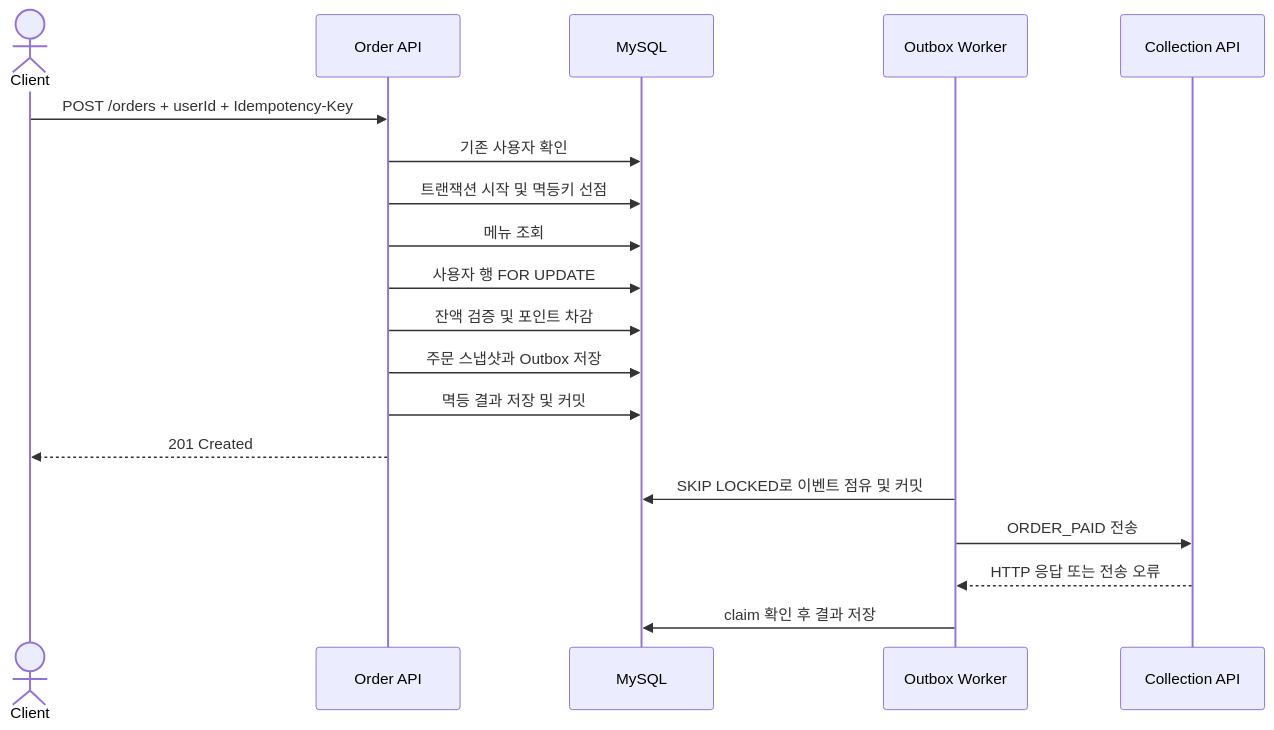
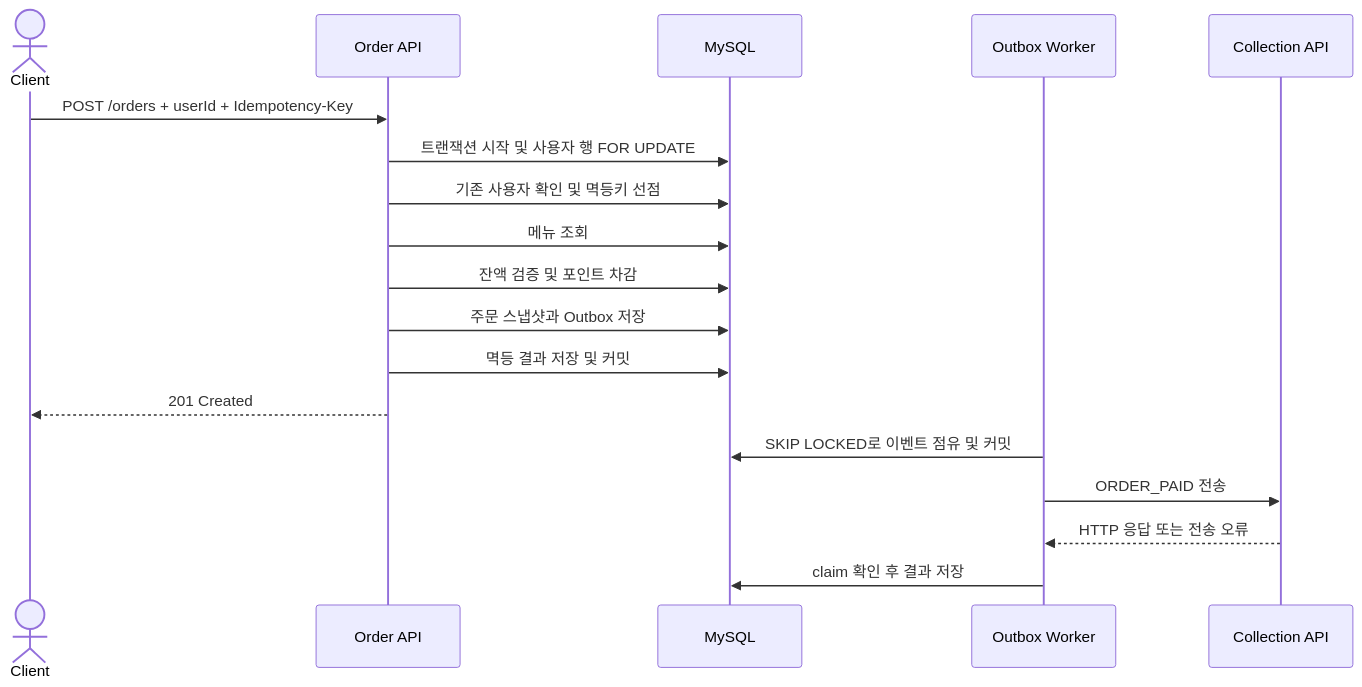
Before and after one commit to 0younge/coffee-order-system: the second of 2 diagrams in docs/architecture.md, drawn with Mermaid. The commit also changed other lines of this file and 3 other files, not shown here.

````diff
--- a/docs/architecture.md
+++ b/docs/architecture.md
@@ -202,22 +202,21 @@
 ```mermaid
 sequenceDiagram
     actor Client
     participant API as Order API
     participant DB as MySQL
     participant Worker as Outbox Worker
     participant Collector as Collection API
 
     Client->>API: POST /orders + userId + Idempotency-Key
-    API->>DB: 기존 사용자 확인
-    API->>DB: 트랜잭션 시작 및 멱등키 선점
+    API->>DB: 트랜잭션 시작 및 사용자 행 FOR UPDATE
+    API->>DB: 기존 사용자 확인 및 멱등키 선점
     API->>DB: 메뉴 조회
-    API->>DB: 사용자 행 FOR UPDATE
     API->>DB: 잔액 검증 및 포인트 차감
     API->>DB: 주문 스냅샷과 Outbox 저장
     API->>DB: 멱등 결과 저장 및 커밋
     API-->>Client: 201 Created
     Worker->>DB: SKIP LOCKED로 이벤트 점유 및 커밋
     Worker->>Collector: ORDER_PAID 전송
     Collector-->>Worker: HTTP 응답 또는 전송 오류
     Worker->>DB: claim 확인 후 결과 저장
 ```
````
